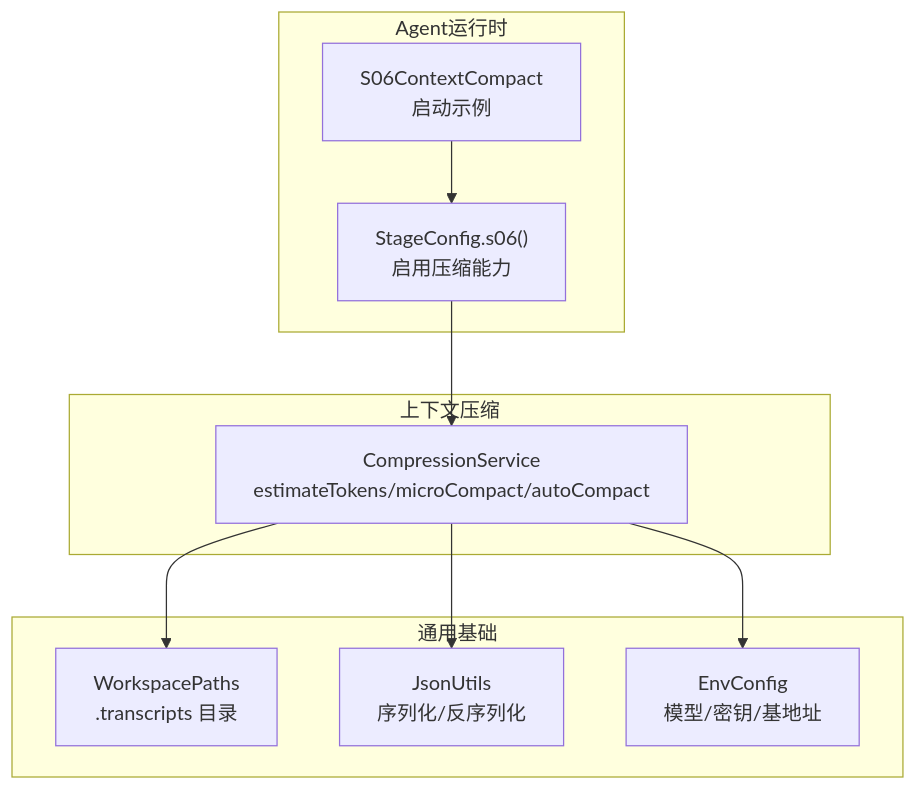
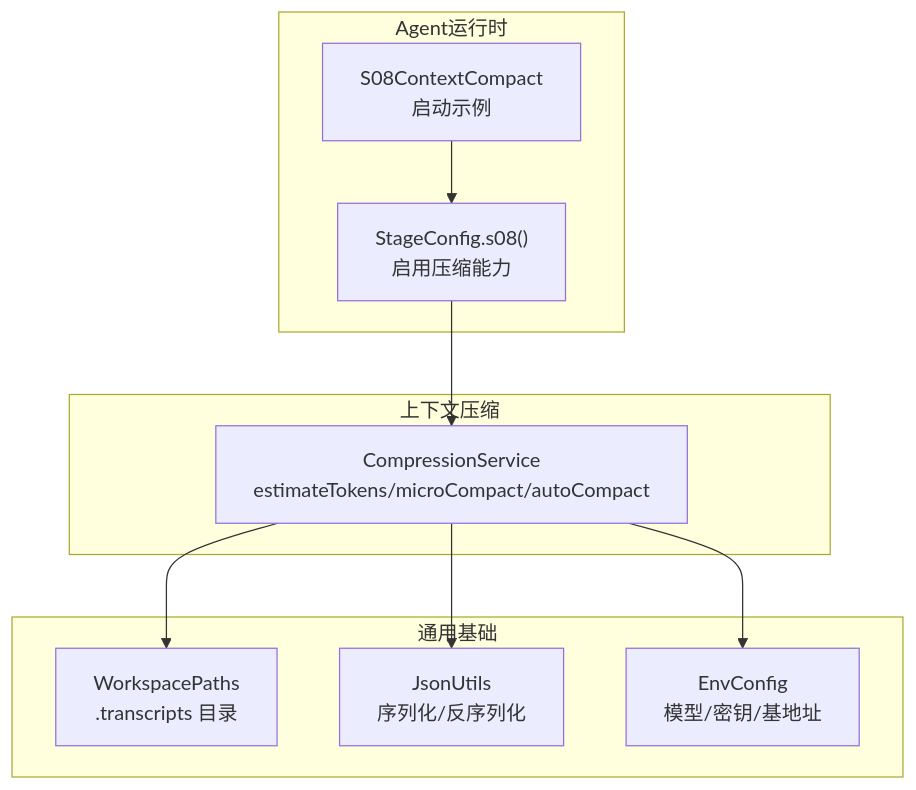
Before and after one commit to chenlds1994/learn-claude-code-java: the first of 4 diagrams in .qoder/repowiki/zh/content/上下文压缩服务.md, drawn with Mermaid. The commit also changed other lines of this file and 143 other files, not shown here.

First line of the commit message:
更新 repowiki 与 drawio 教程图至 17 阶段结构

````diff
--- a/.qoder/repowiki/zh/content/上下文压缩服务.md
+++ b/.qoder/repowiki/zh/content/上下文压缩服务.md
@@ -34,20 +34,20 @@
 ```mermaid
 graph TB
 subgraph "Agent运行时"
-S06["S06ContextCompact<br/>启动示例"]
-Stage["StageConfig.s06()<br/>启用压缩能力"]
+S08["S08ContextCompact<br/>启动示例"]
+Stage["StageConfig.s08()<br/>启用压缩能力"]
 end
 subgraph "上下文压缩"
 CS["CompressionService<br/>estimateTokens/microCompact/autoCompact"]
 end
 subgraph "通用基础"
 Paths["WorkspacePaths<br/>.transcripts 目录"]
 JSON["JsonUtils<br/>序列化/反序列化"]
 Env["EnvConfig<br/>模型/密钥/基地址"]
 end
-S06 --> Stage
+S08 --> Stage
 Stage --> CS
 CS --> Paths
 CS --> JSON
 CS --> Env
 ```
````
